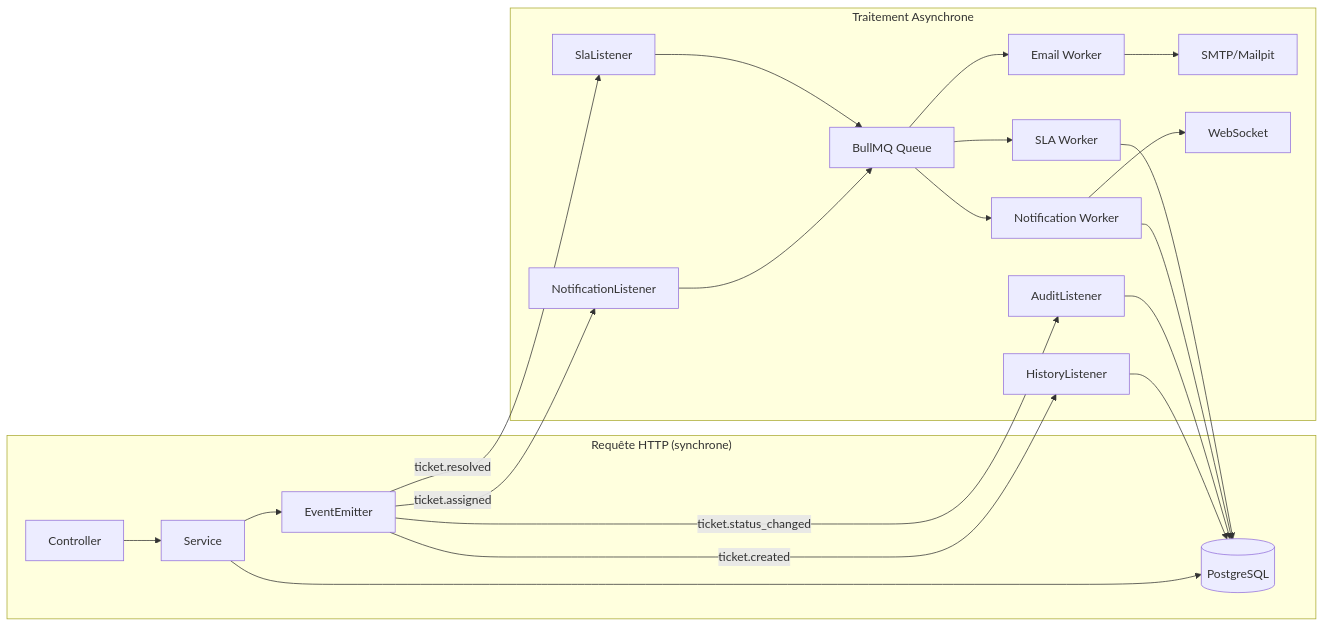
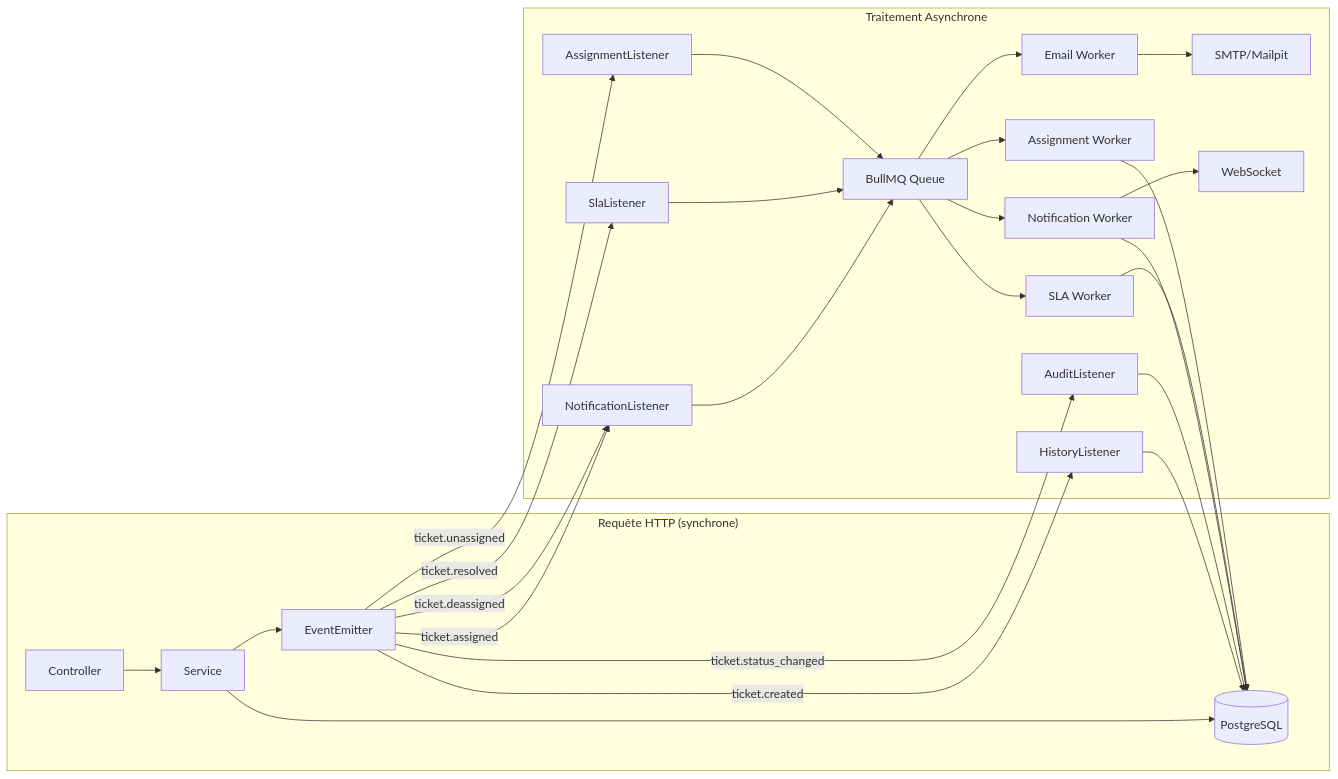
One commit to enockmigjr/Test-Backend-Telecom changed the fourth of 9 diagrams in docs/architecture-flows.md. Above: the diagram before and after it, drawn with Mermaid. The commit also changed other lines of this file and 64 other files, not shown here.

````diff
--- a/docs/architecture-flows.md
+++ b/docs/architecture-flows.md
@@ -118,29 +118,34 @@
 ```mermaid
 flowchart LR
     subgraph "Requête HTTP (synchrone)"
         Controller --> Service
         Service --> PostgreSQL[(PostgreSQL)]
         Service --> EventEmitter
     end
 
     subgraph "Traitement Asynchrone"
         EventEmitter -->|ticket.created| HistoryListener
         EventEmitter -->|ticket.assigned| NotificationListener
+        EventEmitter -->|ticket.deassigned| NotificationListener
         EventEmitter -->|ticket.status_changed| AuditListener
         EventEmitter -->|ticket.resolved| SlaListener
+        EventEmitter -->|ticket.unassigned| AssignmentListener
 
         HistoryListener --> PostgreSQL
         NotificationListener --> BullMQ[BullMQ Queue]
         AuditListener --> PostgreSQL
         SlaListener --> BullMQ
+        AssignmentListener --> BullMQ
 
         BullMQ --> EmailWorker[Email Worker]
         BullMQ --> NotificationWorker[Notification Worker]
         BullMQ --> SlaWorker[SLA Worker]
+        BullMQ --> AssignmentWorker[Assignment Worker]
 
         EmailWorker --> SMTP[SMTP/Mailpit]
         NotificationWorker --> PostgreSQL
         NotificationWorker --> WebSocket
         SlaWorker --> PostgreSQL
+        AssignmentWorker --> PostgreSQL
     end
 ```
````
